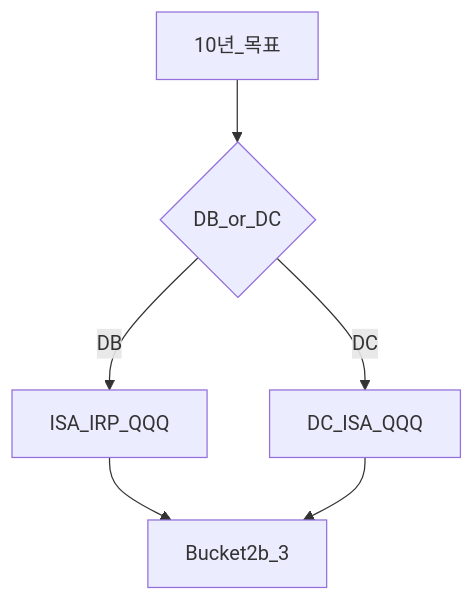
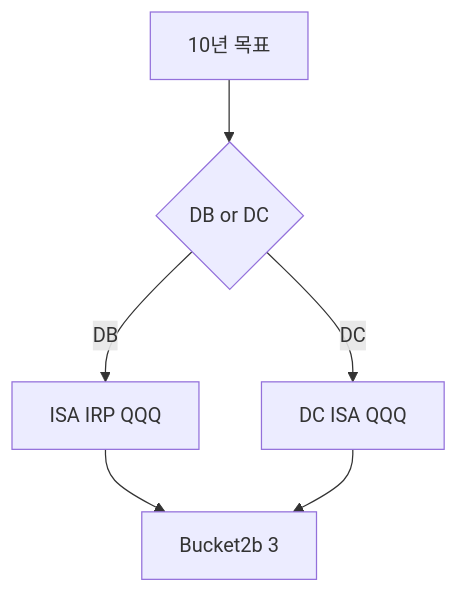
Before and after one commit to goldanghenry/Finances: the third of 3 diagrams in 06-korea-policy/db-vs-dc-pension.md, drawn with Mermaid. The commit also changed other lines of this file and 211 other files, not shown here.

````diff
--- a/06-korea-policy/db-vs-dc-pension.md
+++ b/06-korea-policy/db-vs-dc-pension.md
@@ -181,8 +190,8 @@
 ```mermaid
 flowchart TD
-  Ten[10년_목표] --> Type{DB_or_DC}
-  Type -->|DB| Slot1[ISA_IRP_QQQ]
-  Type -->|DC| Slot2[DC_ISA_QQQ]
-  Slot1 --> Bucket[Bucket2b_3]
+  Ten["10년 목표"] --> Type{"DB or DC"}
+  Type -->|DB| Slot1["ISA IRP QQQ"]
+  Type -->|DC| Slot2["DC ISA QQQ"]
+  Slot1 --> Bucket["Bucket2b 3"]
   Slot2 --> Bucket
 ```
````
